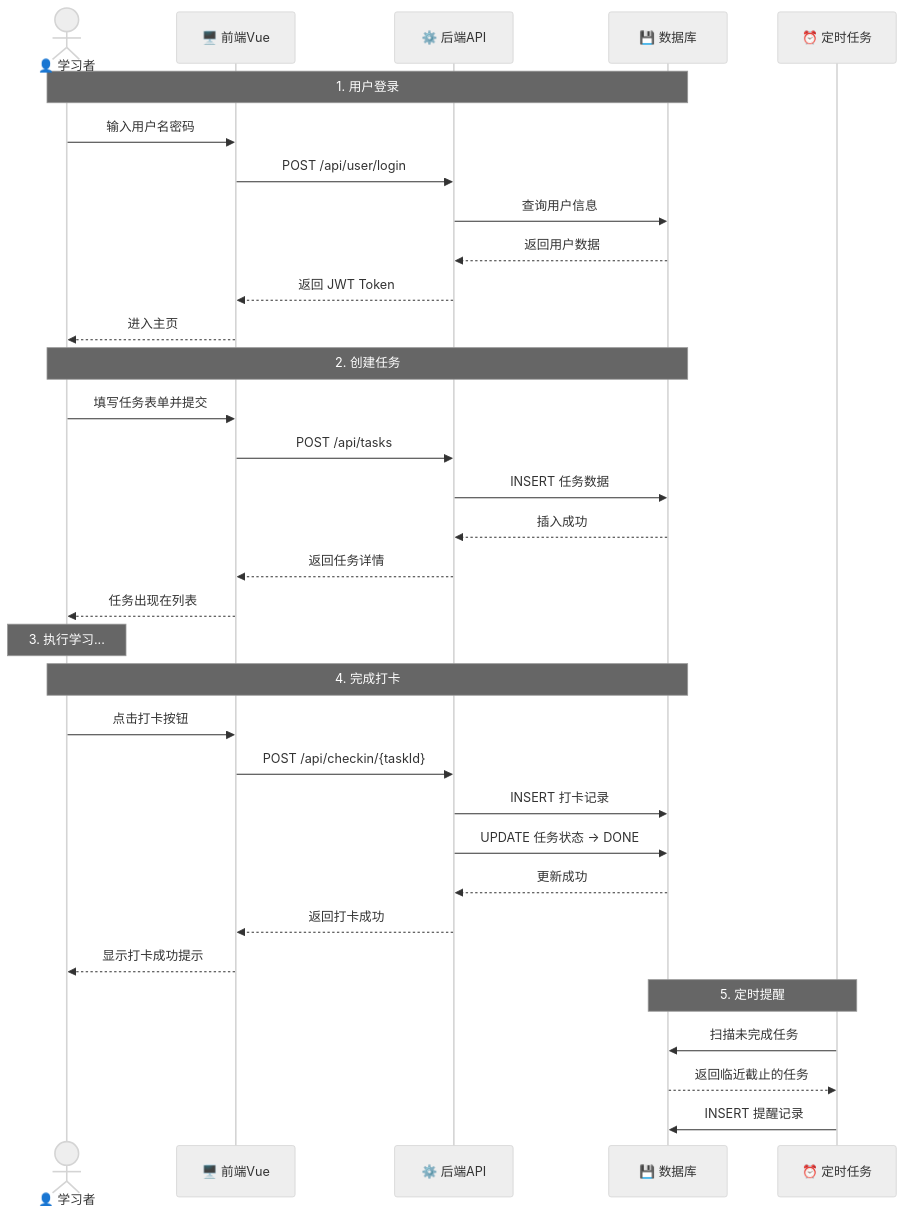
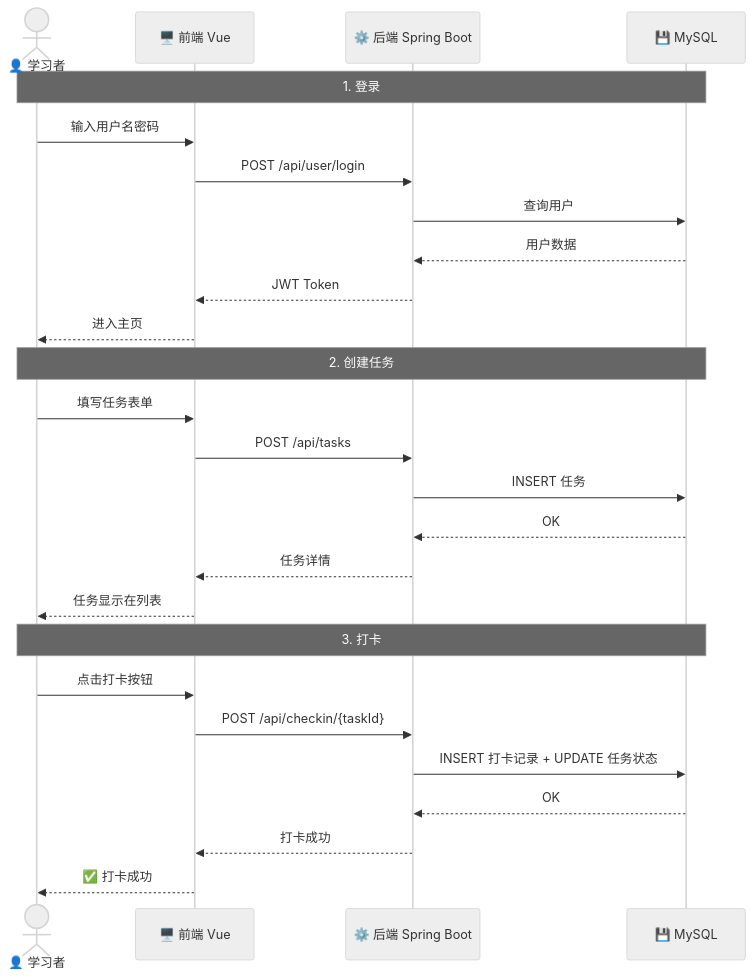
The fifth of 7 diagrams in 需求报告.md (TonyzzZ666/Study-Agent), drawn with Mermaid (neutral theme) before and after one commit. The commit also changed other lines of this file and 3 other files, not shown here.

````diff
--- a/需求报告.md
+++ b/需求报告.md
@@ -297,40 +153,31 @@
 ```mermaid
 sequenceDiagram
     actor User as 👤 学习者
-    participant FE as 🖥️ 前端Vue
-    participant BE as ⚙️ 后端API
-    participant DB as 💾 数据库
-    participant Scheduler as ⏰ 定时任务
+    participant FE as 🖥️ 前端 Vue
+    participant BE as ⚙️ 后端 Spring Boot
+    participant DB as 💾 MySQL
 
-    Note over User,DB: 1. 用户登录
+    Note over User,DB: 1. 登录
     User->>FE: 输入用户名密码
     FE->>BE: POST /api/user/login
-    BE->>DB: 查询用户信息
-    DB-->>BE: 返回用户数据
-    BE-->>FE: 返回 JWT Token
+    BE->>DB: 查询用户
+    DB-->>BE: 用户数据
+    BE-->>FE: JWT Token
     FE-->>User: 进入主页
 
     Note over User,DB: 2. 创建任务
-    User->>FE: 填写任务表单并提交
+    User->>FE: 填写任务表单
     FE->>BE: POST /api/tasks
-    BE->>DB: INSERT 任务数据
-    DB-->>BE: 插入成功
-    BE-->>FE: 返回任务详情
-    FE-->>User: 任务出现在列表
+    BE->>DB: INSERT 任务
+    DB-->>BE: OK
+    BE-->>FE: 任务详情
+    FE-->>User: 任务显示在列表
 
-    Note over User: 3. 执行学习...
-
-    Note over User,DB: 4. 完成打卡
+    Note over User,DB: 3. 打卡
     User->>FE: 点击打卡按钮
     FE->>BE: POST /api/checkin/{taskId}
-    BE->>DB: INSERT 打卡记录
-    BE->>DB: UPDATE 任务状态 → DONE
-    DB-->>BE: 更新成功
-    BE-->>FE: 返回打卡成功
-    FE-->>User: 显示打卡成功提示
-
-    Note over Scheduler,DB: 5. 定时提醒
-    Scheduler->>DB: 扫描未完成任务
-    DB-->>Scheduler: 返回临近截止的任务
-    Scheduler->>DB: INSERT 提醒记录
+    BE->>DB: INSERT 打卡记录 + UPDATE 任务状态
+    DB-->>BE: OK
+    BE-->>FE: 打卡成功
+    FE-->>User: ✅ 打卡成功
 ```
````
